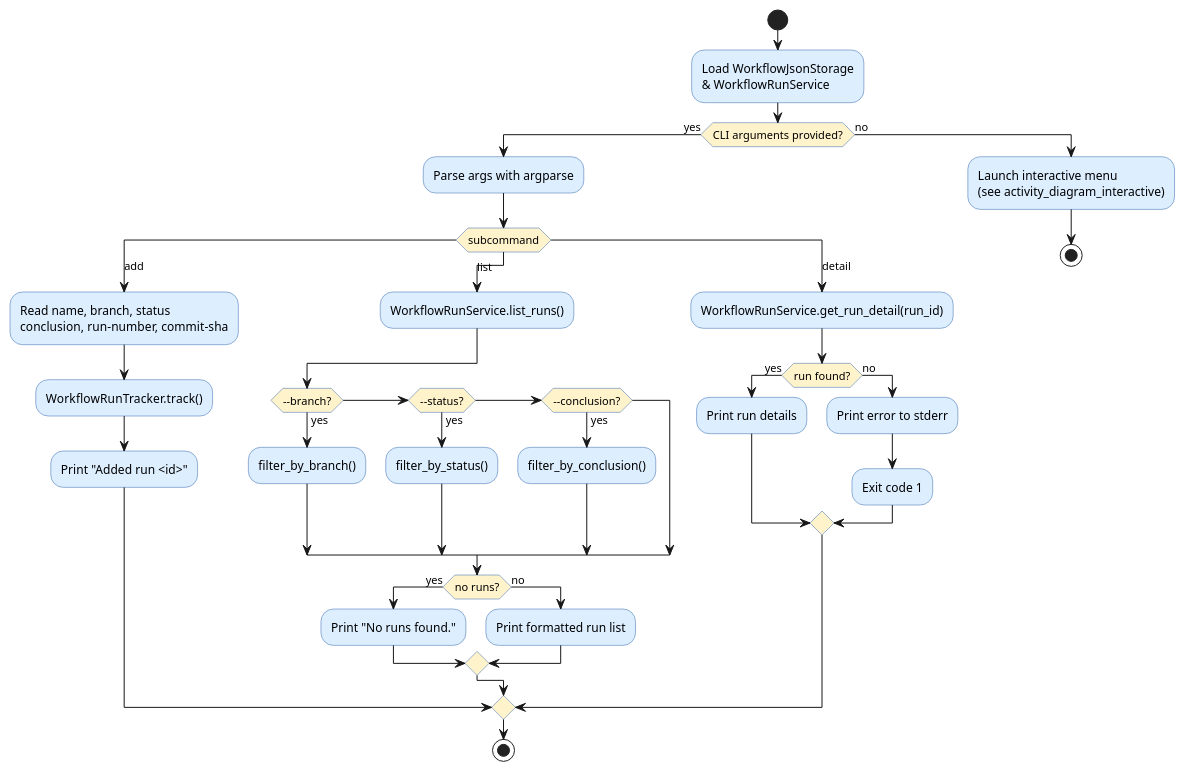
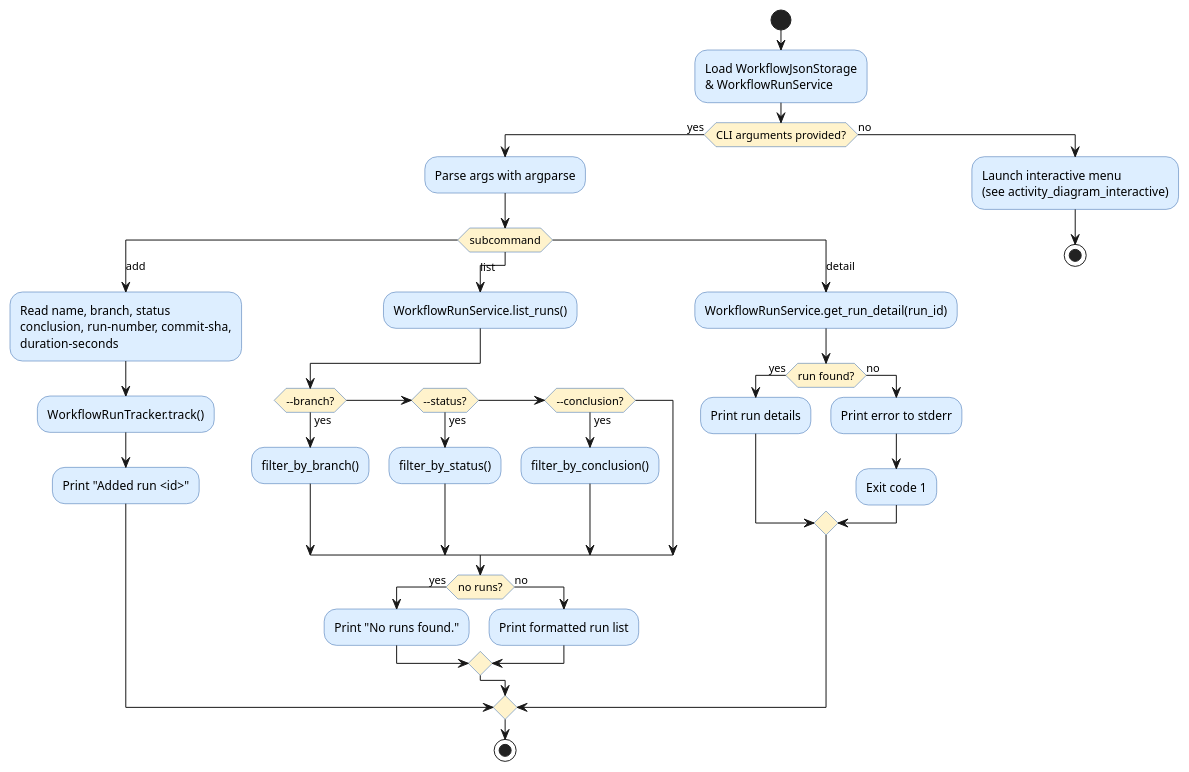
The diagram in experiments/pipeline/test_driven/github-workflow-manager/artifacts/activity_diagram_main.puml (DanielRiha8906/Software_autoevolution_using_agents), drawn with PlantUML before and after one commit. The commit also changed 8 other files, not shown here.

First line of the commit message:
task 01 | add duration_seconds to WorkflowRun model

```diff
--- a/experiments/pipeline/test_driven/github-workflow-manager/artifacts/activity_diagram_main.puml
+++ b/experiments/pipeline/test_driven/github-workflow-manager/artifacts/activity_diagram_main.puml
@@ -1,52 +1,52 @@
 @startuml activity_diagram_main
 
 skinparam activityBackgroundColor #DDEEFF
 skinparam activityBorderColor     #3366AA
 skinparam activityDiamondBackgroundColor #FFF3CC
 
 start
 
 :Load WorkflowJsonStorage\n& WorkflowRunService;
 
 if (CLI arguments provided?) then (yes)
   :Parse args with argparse;
   switch (subcommand)
 
     case (add)
-      :Read name, branch, status\nconclusion, run-number, commit-sha;
+      :Read name, branch, status\nconclusion, run-number, commit-sha,\nduration-seconds;
       :WorkflowRunTracker.track();
       :Print "Added run <id>";
 
     case (list)
       :WorkflowRunService.list_runs();
       if (--branch?) then (yes)
         :filter_by_branch();
       elseif (--status?) then (yes)
         :filter_by_status();
       elseif (--conclusion?) then (yes)
         :filter_by_conclusion();
       endif
       if (no runs?) then (yes)
         :Print "No runs found.";
       else (no)
         :Print formatted run list;
       endif
 
     case (detail)
       :WorkflowRunService.get_run_detail(run_id);
       if (run found?) then (yes)
         :Print run details;
       else (no)
         :Print error to stderr;
         :Exit code 1;
       endif
 
   endswitch
   stop
 
 else (no)
   :Launch interactive menu\n(see activity_diagram_interactive);
   stop
 endif
 
 @enduml
```
